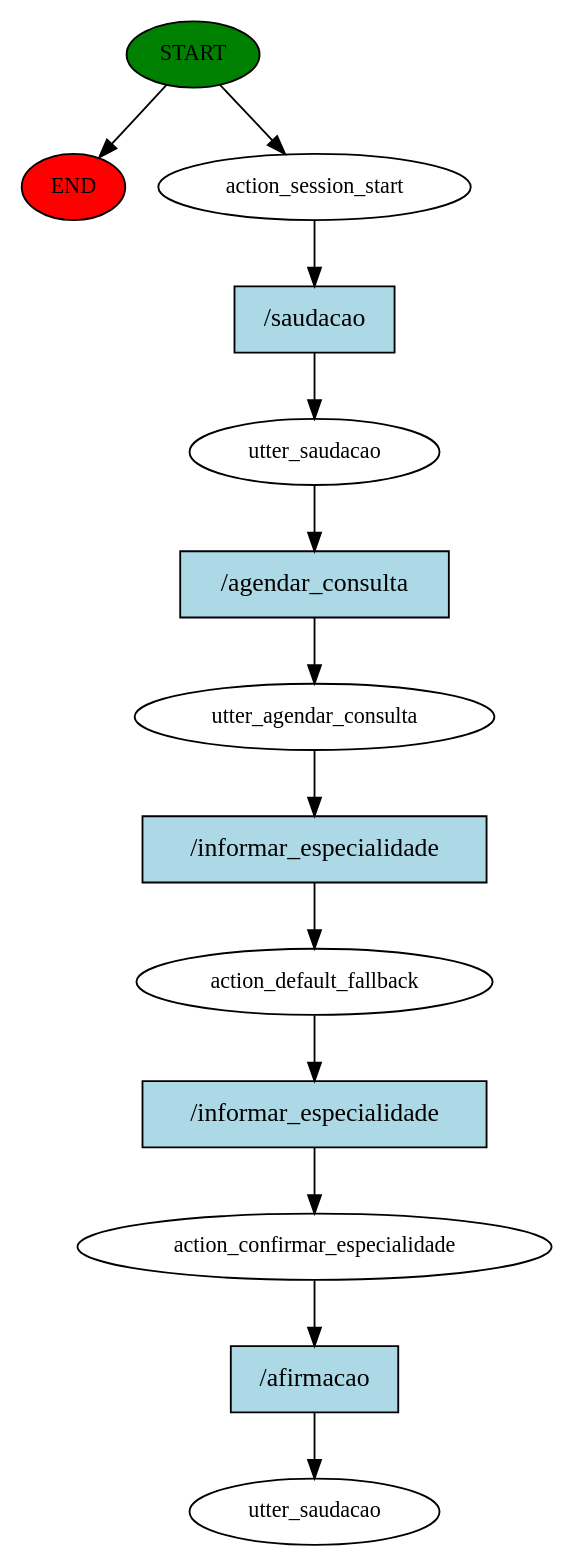
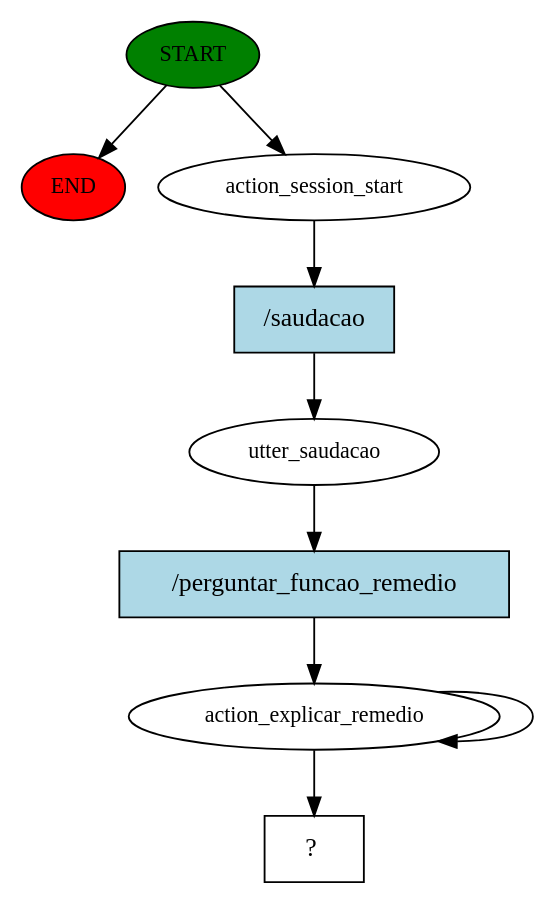
The diagram in story_graph.dot (TimoteoSoaresTeixeira/ChatbotTeste), drawn with Graphviz before and after one commit. The commit also changed 115 other files, not shown here.

```diff
--- a/story_graph.dot
+++ b/story_graph.dot
@@ -1,27 +1,18 @@
 digraph  {
 0 [class="start active", fillcolor=green, fontsize=12, label=START, style=filled];
 "-1" [class=end, fillcolor=red, fontsize=12, label=END, style=filled];
 1 [class=active, fontsize=12, label=action_session_start];
 2 [class=active, fontsize=12, label=utter_saudacao];
-3 [class=active, fontsize=12, label=utter_agendar_consulta];
-4 [class=active, fontsize=12, label=action_default_fallback];
-5 [class=active, fontsize=12, label=action_confirmar_especialidade];
-6 [class="dashed active", fontsize=12, label=utter_saudacao];
-7 [class="intent active", fillcolor=lightblue, label="/saudacao", shape=rect, style=filled];
-8 [class="intent active", fillcolor=lightblue, label="/agendar_consulta", shape=rect, style=filled];
-9 [class="intent active", fillcolor=lightblue, label="/informar_especialidade", shape=rect, style=filled];
-10 [class="intent active", fillcolor=lightblue, label="/informar_especialidade", shape=rect, style=filled];
-11 [class="intent active", fillcolor=lightblue, label="/afirmacao", shape=rect, style=filled];
+3 [class=active, fontsize=12, label=action_explicar_remedio];
+5 [class="intent dashed active", label="  ?  ", shape=rect];
+6 [class="intent active", fillcolor=lightblue, label="/saudacao", shape=rect, style=filled];
+7 [class="intent active", fillcolor=lightblue, label="/perguntar_funcao_remedio", shape=rect, style=filled];
 0 -> "-1"  [class="", key=NONE, label=""];
 0 -> 1  [class=active, key=NONE, label=""];
-1 -> 7  [class=active, key=0];
-2 -> 8  [class=active, key=0];
-3 -> 9  [class=active, key=0];
-4 -> 10  [class=active, key=0];
-5 -> 11  [class=active, key=0];
-7 -> 2  [class=active, key=0];
-8 -> 3  [class=active, key=0];
-9 -> 4  [class=active, key=0];
-10 -> 5  [class=active, key=0];
-11 -> 6  [class=active, key=0];
+1 -> 6  [class=active, key=0];
+2 -> 7  [class=active, key=0];
+3 -> 5  [class=active, key=NONE, label=""];
+3 -> 3  [class=active, key=NONE, label=""];
+6 -> 2  [class=active, key=0];
+7 -> 3  [class=active, key=0];
 }
```
